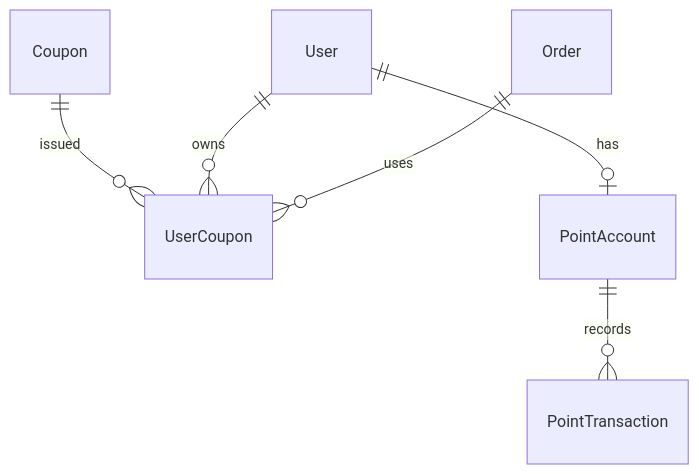
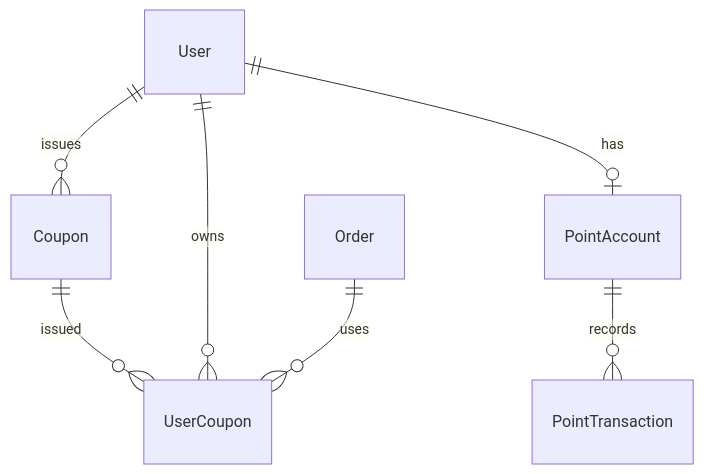
The seventh of 9 diagrams in docs/design/erd.md (presentY1897/demo-shopping), drawn with Mermaid before and after one commit. The commit also changed other lines of this file and 4 other files, not shown here.

````diff
--- a/docs/design/erd.md
+++ b/docs/design/erd.md
@@ -611,8 +611,9 @@
 ```mermaid
 erDiagram
     Coupon ||--o{ UserCoupon : issued
+    User ||--o{ Coupon : "issues"
     User ||--o{ UserCoupon : owns
     Order ||--o{ UserCoupon : uses
     User ||--o| PointAccount : has
     PointAccount ||--o{ PointTransaction : records
 ```
````
